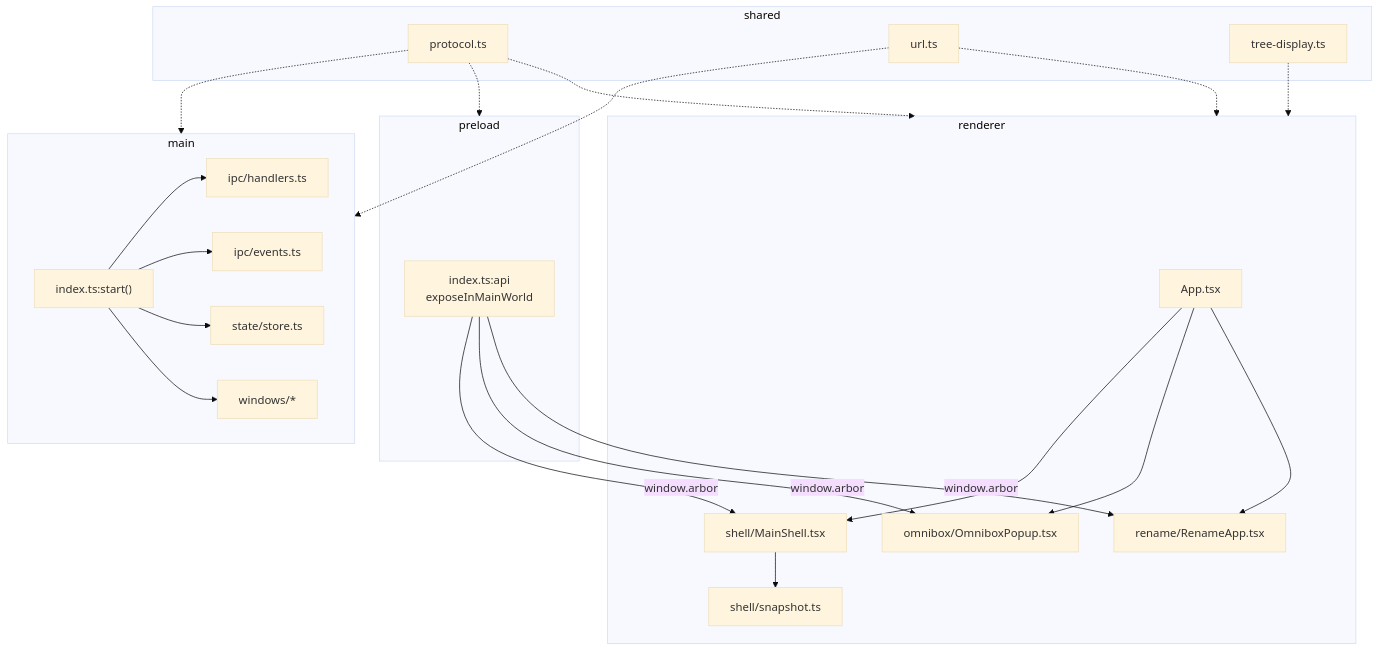
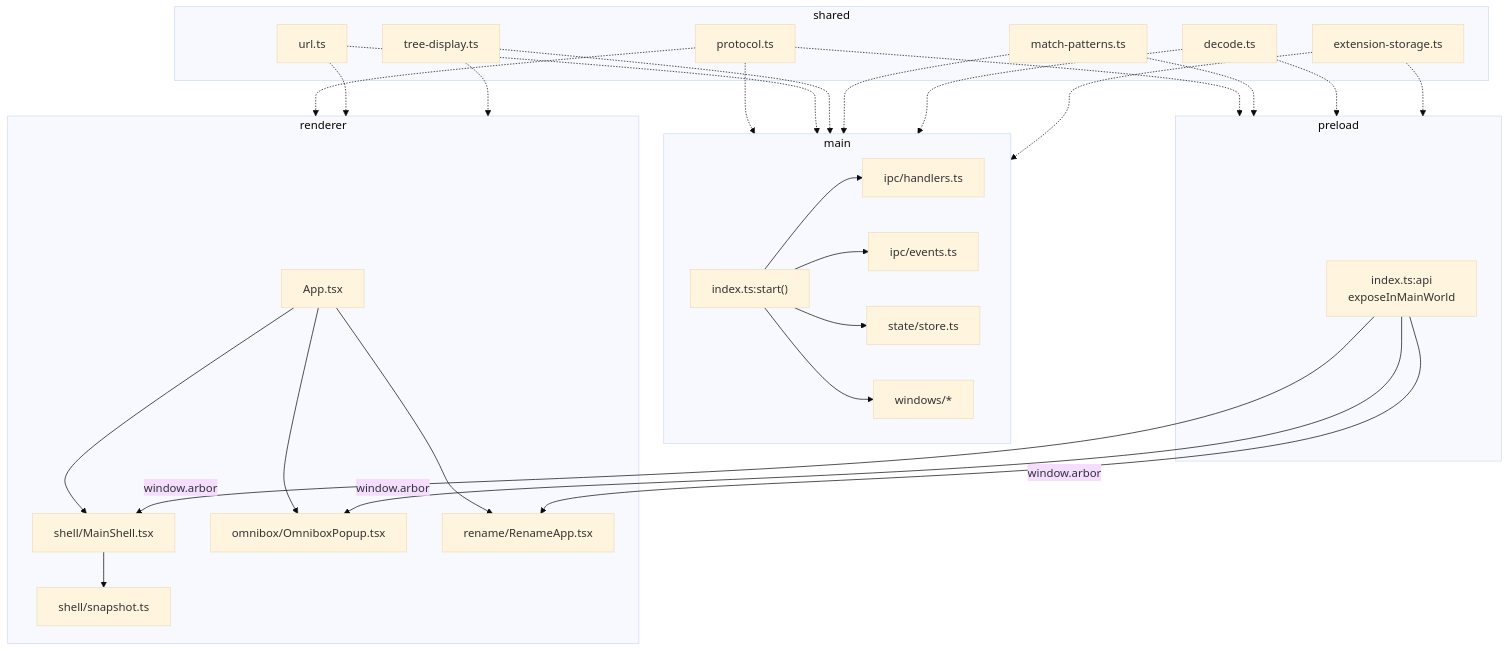
One commit to rom100main/arbor changed the first of 2 diagrams in docs/architecture/01-processes.md. Above: the diagram before and after it, drawn with Mermaid (base theme). The commit also changed other lines of this file and 1 other file, not shown here.

Commit message:
docs(architecture): update shared

````diff
--- a/docs/architecture/01-processes.md
+++ b/docs/architecture/01-processes.md
@@ -45,43 +49,53 @@
 ```mermaid
 flowchart TB
     subgraph M["main"]
         S["index.ts:start()"]
         H["ipc/handlers.ts"]
         E["ipc/events.ts"]
         ST["state/store.ts"]
         W["windows/*"]
     end
     subgraph P["preload"]
         B["index.ts:api<br/>exposeInMainWorld"]
     end
     subgraph R["renderer"]
         A["App.tsx"]
         SH["shell/MainShell.tsx"]
         OM["omnibox/OmniboxPopup.tsx"]
         RN["rename/RenameApp.tsx"]
         SN["shell/snapshot.ts"]
     end
     subgraph SHR["shared"]
         PR["protocol.ts"]
         URL["url.ts"]
         TD["tree-display.ts"]
+        MP["match-patterns.ts"]
+        DEC["decode.ts"]
+        ES["extension-storage.ts"]
     end
 
     S --> H
     S --> E
     S --> ST
     S --> W
     A --> SH
     A --> OM
     A --> RN
     SH --> SN
     B -->|"window.arbor"| SH
     B -->|"window.arbor"| OM
     B -->|"window.arbor"| RN
     PR -.-> M
     PR -.-> P
     PR -.-> R
     URL -.-> M
     URL -.-> R
+    TD -.-> M
     TD -.-> R
+    MP -.-> M
+    MP -.-> P
+    DEC -.-> M
+    DEC -.-> P
+    ES -.-> M
+    ES -.-> P
 ```
````
